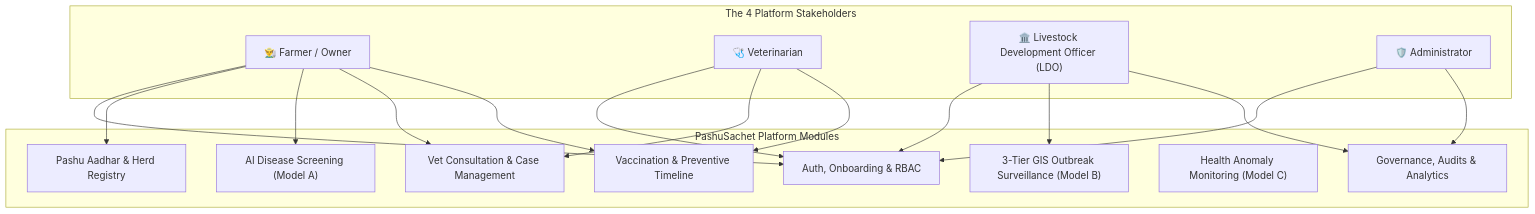
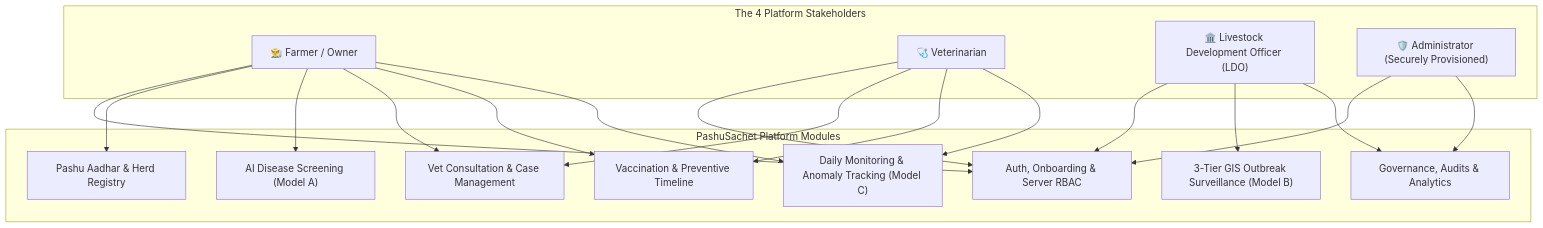
One commit to chetanbhagore/PashuSachet changed the first of 3 diagrams in plans.md. Above: the diagram before and after it, drawn with Mermaid. The commit also changed other lines of this file, not shown here.

Commit message:
Finalize plans.md with 6-phase build order, Model C monitoring, and secure admin provisioning

````diff
--- a/plans.md
+++ b/plans.md
@@ -12,25 +12,25 @@
 ```mermaid
 graph TD
     subgraph Roles["The 4 Platform Stakeholders"]
         R1["👨‍🌾 Farmer / Owner"]
         R2["🩺 Veterinarian"]
         R3["🏛️ Livestock Development Officer (LDO)"]
-        R4["🛡️ Administrator"]
+        R4["🛡️ Administrator (Securely Provisioned)"]
     end
 
     subgraph CorePlatform["PashuSachet Platform Modules"]
-        P1["Auth, Onboarding & RBAC"]
+        P1["Auth, Onboarding & Server RBAC"]
         P2["Pashu Aadhar & Herd Registry"]
         P3["AI Disease Screening (Model A)"]
         P4["Vet Consultation & Case Management"]
         P5["Vaccination & Preventive Timeline"]
         P6["3-Tier GIS Outbreak Surveillance (Model B)"]
-        P7["Health Anomaly Monitoring (Model C)"]
+        P7["Daily Monitoring & Anomaly Tracking (Model C)"]
         P8["Governance, Audits & Analytics"]
     end
 
-    R1 --> P1 & P2 & P3 & P4 & P5
-    R2 --> P1 & P4 & P5
+    R1 --> P1 & P2 & P3 & P4 & P5 & P7
+    R2 --> P1 & P4 & P5 & P7
     R3 --> P1 & P6 & P8
     R4 --> P1 & P8
 ```
````
